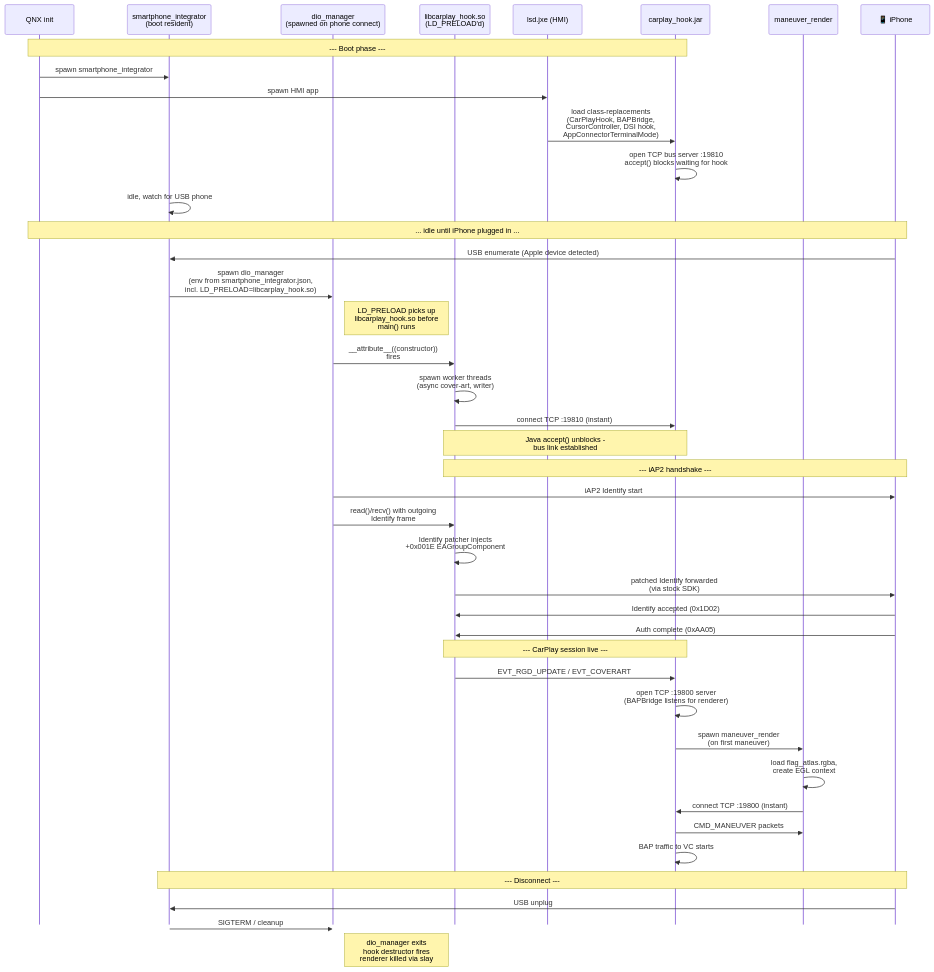
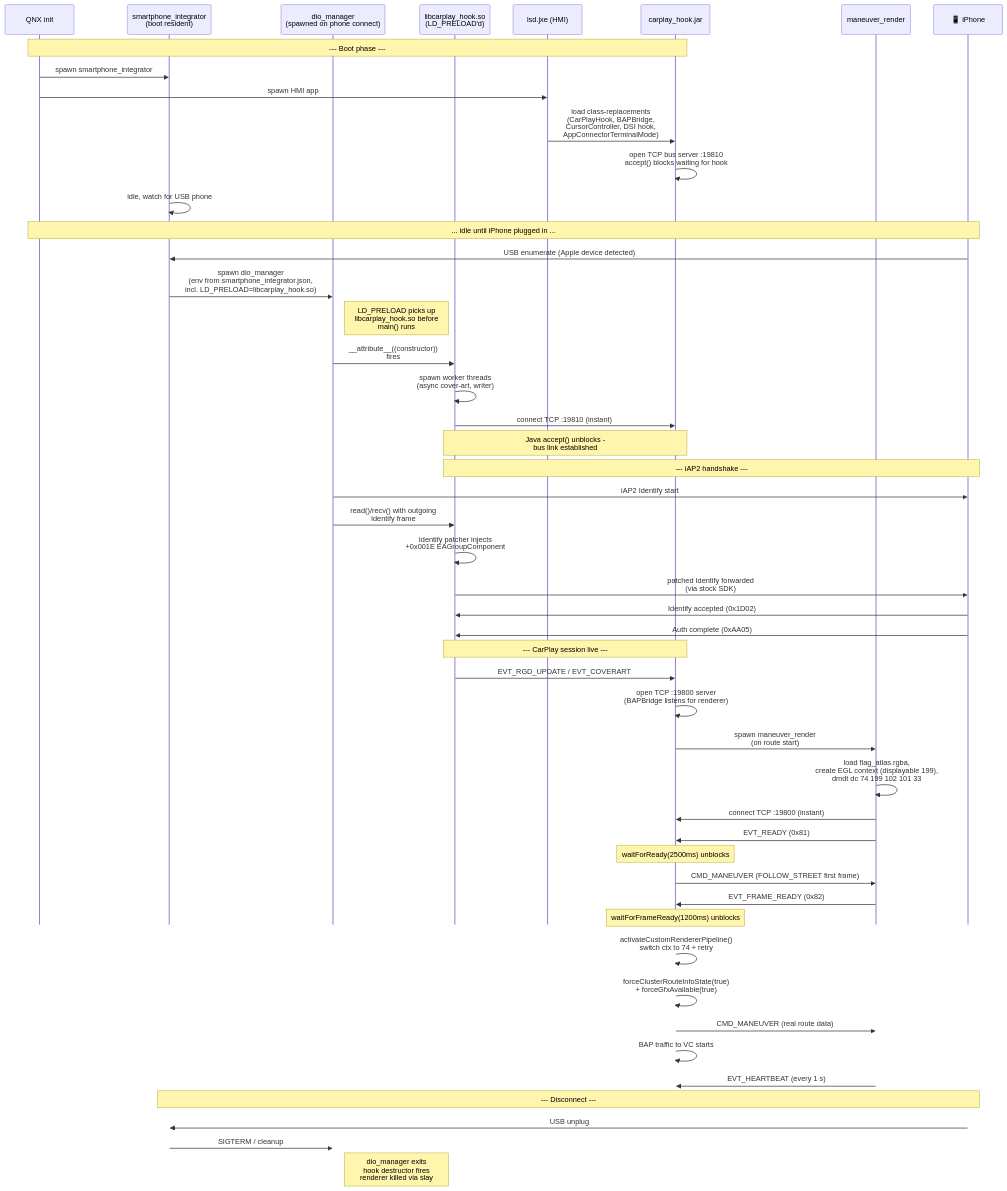
One commit to luka-dev/mib2q-carplay-rgi changed the eighth of 9 diagrams in README.md. Above: the diagram before and after it, drawn with Mermaid. The commit also changed other lines of this file and 5 other files, not shown here.

Commit message:
refactor: introduce private displayable layer 199 for improved cluster context management

````diff
--- a/README.md
+++ b/README.md
@@ -687,52 +750,60 @@
 ```mermaid
 %%{init: {'sequence': {'mirrorActors': false}}}%%
 sequenceDiagram
     participant qnx as QNX init
     participant si as smartphone_integrator<br/>(boot resident)
     participant dio as dio_manager<br/>(spawned on phone connect)
     participant hook as libcarplay_hook.so<br/>(LD_PRELOAD'd)
     participant lsd as lsd.jxe (HMI)
     participant jar as carplay_hook.jar
     participant rend as maneuver_render
     participant ios as 📱 iPhone
 
     Note over qnx,jar: --- Boot phase ---
     qnx->>si: spawn smartphone_integrator
     qnx->>lsd: spawn HMI app
     lsd->>jar: load class-replacements<br/>(CarPlayHook, BAPBridge,<br/>CursorController, DSI hook,<br/>AppConnectorTerminalMode)
     jar->>jar: open TCP bus server :19810<br/>accept() blocks waiting for hook
     si->>si: idle, watch for USB phone
 
     Note over qnx,ios: ... idle until iPhone plugged in ...
 
     ios->>si: USB enumerate (Apple device detected)
     si->>dio: spawn dio_manager<br/>(env from smartphone_integrator.json,<br/>incl. LD_PRELOAD=libcarplay_hook.so)
     Note right of dio: LD_PRELOAD picks up<br/>libcarplay_hook.so before<br/>main() runs
     dio->>hook: __attribute__((constructor))<br/>fires
     hook->>hook: spawn worker threads<br/>(async cover-art, writer)
     hook->>jar: connect TCP :19810 (instant)
     Note over hook,jar: Java accept() unblocks -<br/>bus link established
 
     Note over hook,ios: --- iAP2 handshake ---
     dio->>ios: iAP2 Identify start
     dio->>hook: read()/recv() with outgoing<br/>Identify frame
     hook->>hook: Identify patcher injects<br/>+0x001E EAGroupComponent
     hook->>ios: patched Identify forwarded<br/>(via stock SDK)
     ios->>hook: Identify accepted (0x1D02)
     ios->>hook: Auth complete (0xAA05)
 
     Note over hook,jar: --- CarPlay session live ---
 
     hook->>jar: EVT_RGD_UPDATE / EVT_COVERART
     jar->>jar: open TCP :19800 server<br/>(BAPBridge listens for renderer)
-    jar->>rend: spawn maneuver_render<br/>(on first maneuver)
-    rend->>rend: load flag_atlas.rgba,<br/>create EGL context
+    jar->>rend: spawn maneuver_render<br/>(on route start)
+    rend->>rend: load flag_atlas.rgba,<br/>create EGL context (displayable 199),<br/>dmdt dc 74 199 102 101 33
     rend->>jar: connect TCP :19800 (instant)
-    jar->>rend: CMD_MANEUVER packets
+    rend->>jar: EVT_READY (0x81)
+    Note over jar: waitForReady(2500ms) unblocks
+    jar->>rend: CMD_MANEUVER (FOLLOW_STREET first frame)
+    rend->>jar: EVT_FRAME_READY (0x82)
+    Note over jar: waitForFrameReady(1200ms) unblocks
+    jar->>jar: activateCustomRendererPipeline()<br/>switch ctx to 74 + retry
+    jar->>jar: forceClusterRouteInfoState(true)<br/>+ forceGfxAvailable(true)
+    jar->>rend: CMD_MANEUVER (real route data)
     jar->>jar: BAP traffic to VC starts
+    rend->>jar: EVT_HEARTBEAT (every 1 s)
 
     Note over si,ios: --- Disconnect ---
     ios->>si: USB unplug
     si->>dio: SIGTERM / cleanup
     Note right of dio: dio_manager exits<br/>hook destructor fires<br/>renderer killed via slay
 ```
````
